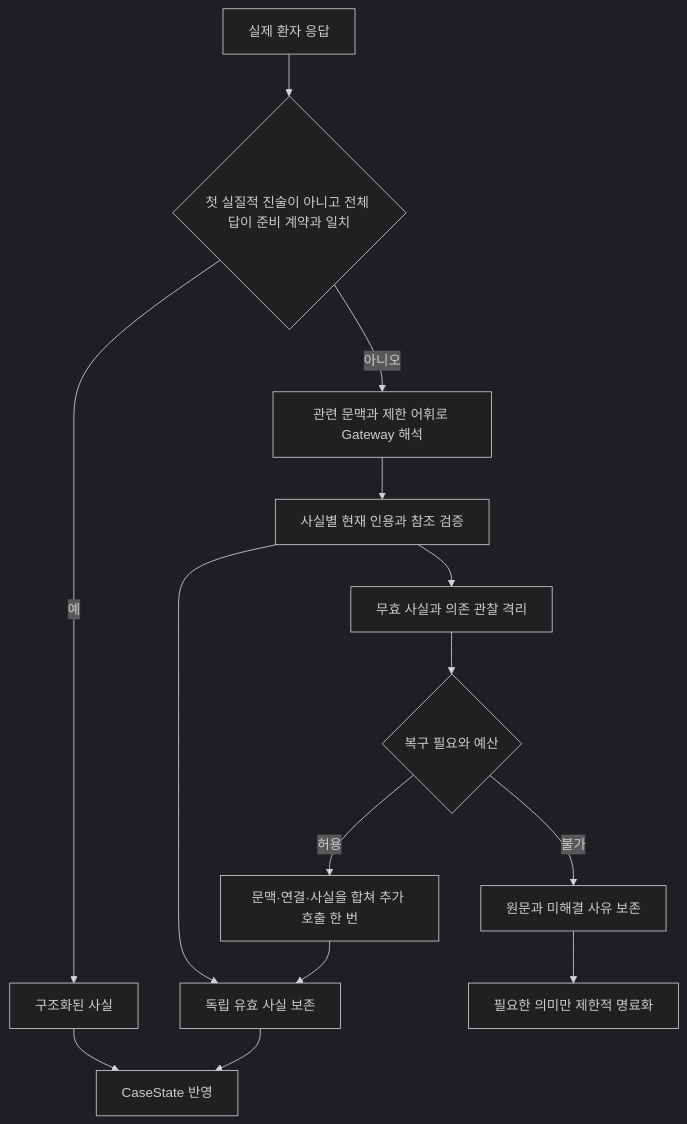
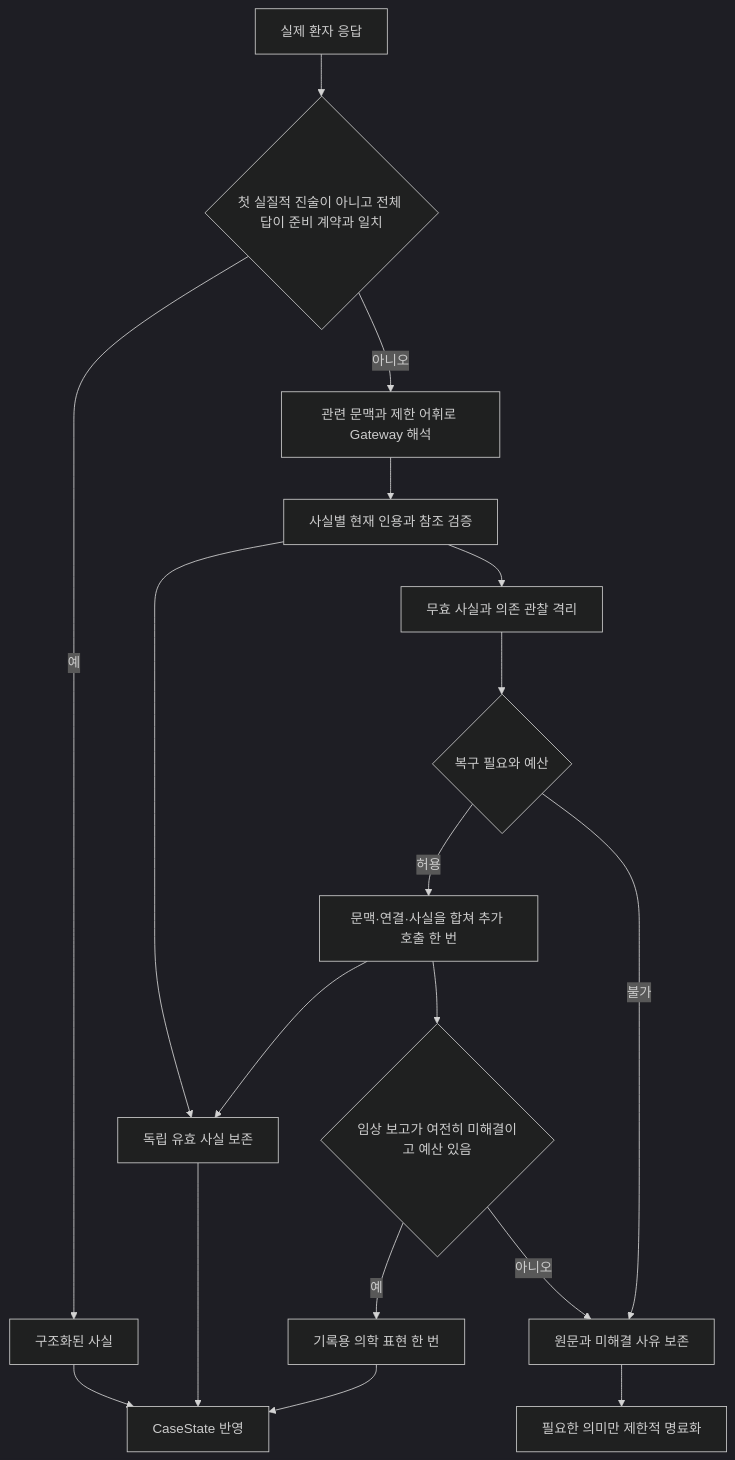
Before and after one commit to devRestain/Ontoward: the eighth of 12 diagrams in submission/README.md, drawn with Mermaid (dark theme). The commit also changed other lines of this file and 40 other files, not shown here.

````diff
--- a/submission/README.md
+++ b/submission/README.md
@@ -355,16 +369,20 @@
 ```mermaid
 flowchart TD
     Input[실제 환자 응답] --> Fixed{첫 실질적 진술이 아니고 전체 답이 준비 계약과 일치}
     Fixed -->|예| Facts[구조화된 사실]
     Fixed -->|아니오| Primary[관련 문맥과 제한 어휘로 Gateway 해석]
     Primary --> Validate[사실별 현재 인용과 참조 검증]
     Validate --> Independent[독립 유효 사실 보존]
     Validate --> Quarantine[무효 사실과 의존 관찰 격리]
     Quarantine --> Repair{복구 필요와 예산}
     Repair -->|허용| One[문맥·연결·사실을 합쳐 추가 호출 한 번]
     One --> Independent
+    One --> Remaining{임상 보고가 여전히 미해결이고 예산 있음}
+    Remaining -->|예| Medical[기록용 의학 표현 한 번]
+    Medical --> Apply
+    Remaining -->|아니오| Unknown
     Repair -->|불가| Unknown[원문과 미해결 사유 보존]
     Facts --> Apply[CaseState 반영]
     Independent --> Apply
     Unknown --> Clarify[필요한 의미만 제한적 명료화]
 ```
````
